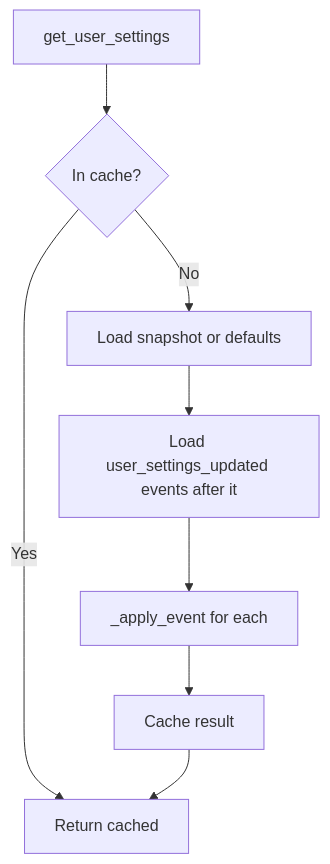
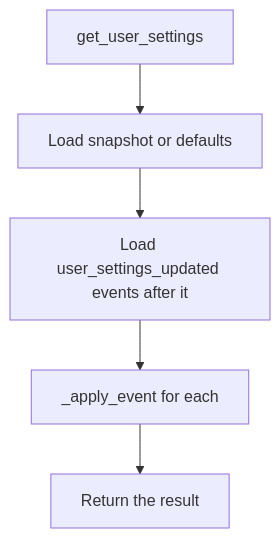
Before and after one commit to HardMax71/Integr8sCode: the diagram in docs/architecture/user-settings-events.md, drawn with Mermaid. The commit also changed other lines of this file and 6 other files, not shown here.

First line of the commit message:
fix: read user settings fresh instead of from a per-process cache (#334)

````diff
--- a/docs/architecture/user-settings-events.md
+++ b/docs/architecture/user-settings-events.md
@@ -44,10 +44,7 @@
 ```mermaid
 graph TB
-    A[get_user_settings] --> B{In cache?}
-    B -->|Yes| C[Return cached]
-    B -->|No| D[Load snapshot or defaults]
+    A[get_user_settings] --> D[Load snapshot or defaults]
     D --> E[Load user_settings_updated events after it]
     E --> F[_apply_event for each]
-    F --> G[Cache result]
-    G --> C
+    F --> G[Return the result]
 ```
````
